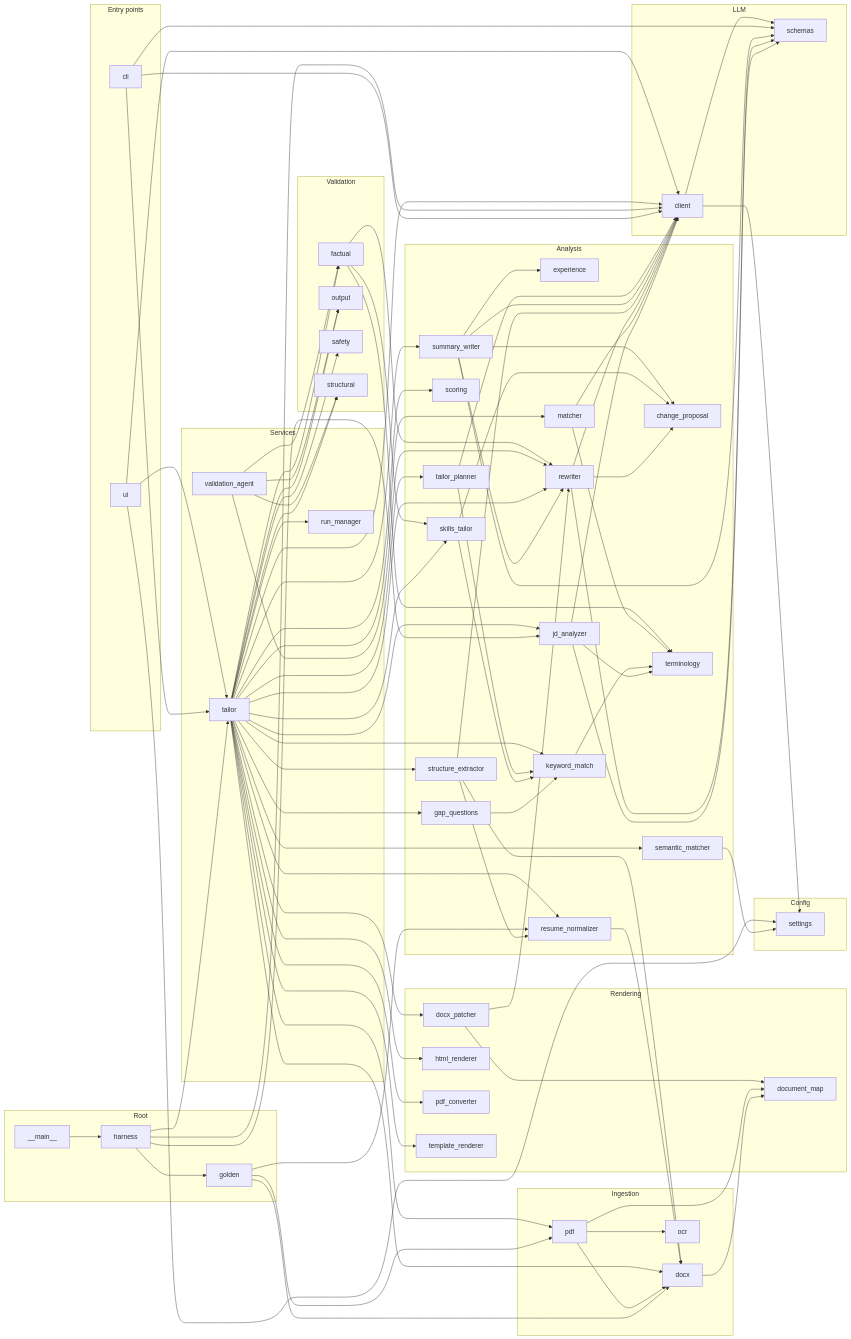
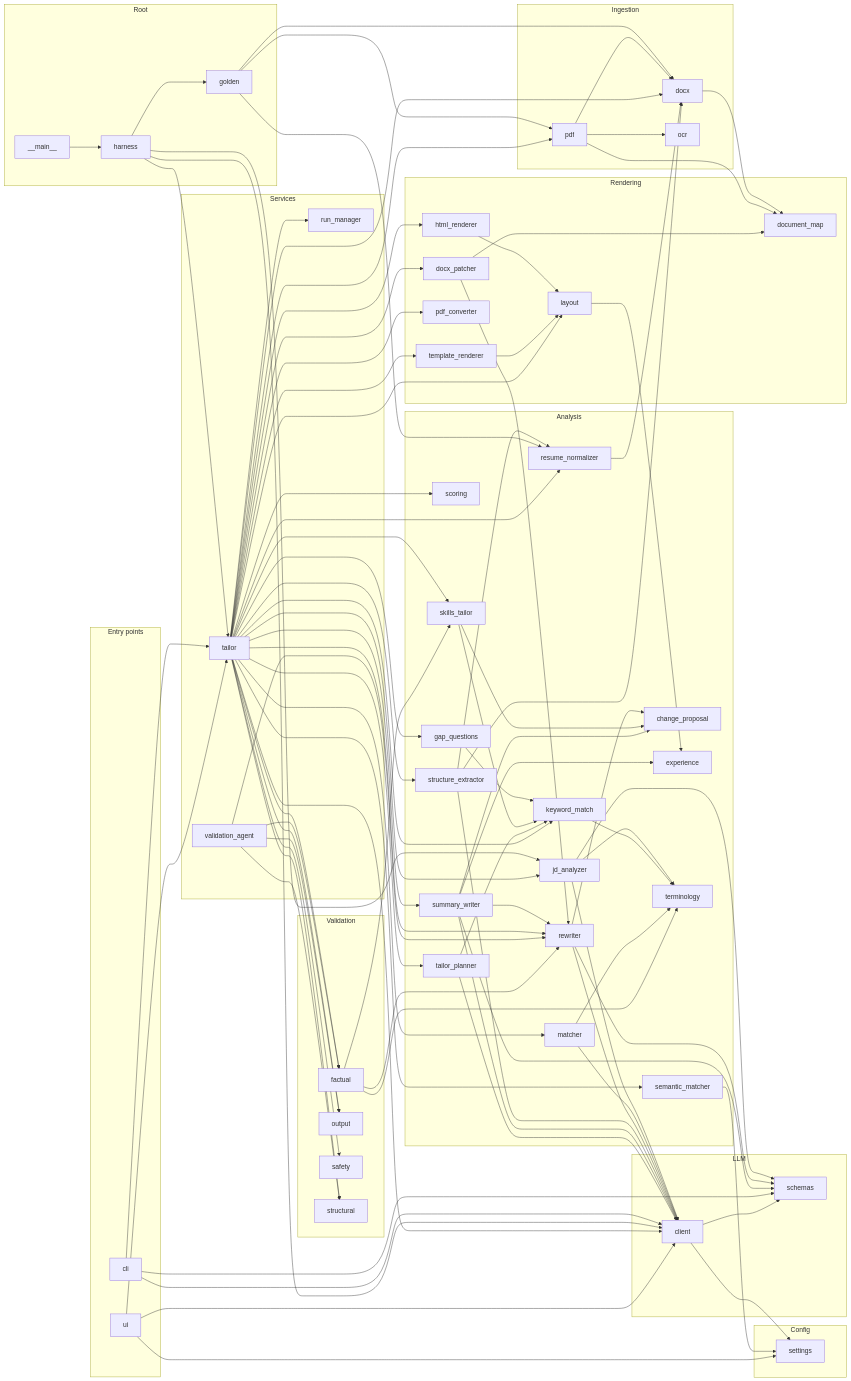
The diagram in docs/KNOWLEDGE_GRAPH.md (alwayss-snape/Resume-optimizer), drawn with Mermaid before and after one commit. The commit also changed other lines of this file and 13 other files, not shown here.

First line of the commit message:
P2.1: ATS template spec in DOCX and HTML, driven by ResumePresentation

```diff
--- a/docs/KNOWLEDGE_GRAPH.md
+++ b/docs/KNOWLEDGE_GRAPH.md
@@ -865,6 +896,7 @@
     rendering_document_map[document_map]
     rendering_docx_patcher[docx_patcher]
     rendering_html_renderer[html_renderer]
+    rendering_layout[layout]
     rendering_pdf_converter[pdf_converter]
     rendering_template_renderer[template_renderer]
   end
@@ -927,6 +959,9 @@
   llm_client --> llm_schemas
   rendering_docx_patcher --> analysis_rewriter
   rendering_docx_patcher --> rendering_document_map
+  rendering_html_renderer --> rendering_layout
+  rendering_layout --> analysis_experience
+  rendering_template_renderer --> rendering_layout
   services_tailor --> analysis_gap_questions
   services_tailor --> analysis_jd_analyzer
   services_tailor --> analysis_keyword_match
@@ -944,6 +979,7 @@
   services_tailor --> llm_client
   services_tailor --> rendering_docx_patcher
   services_tailor --> rendering_html_renderer
+  services_tailor --> rendering_layout
   services_tailor --> rendering_pdf_converter
   services_tailor --> rendering_template_renderer
   services_tailor --> services_run_manager
```
